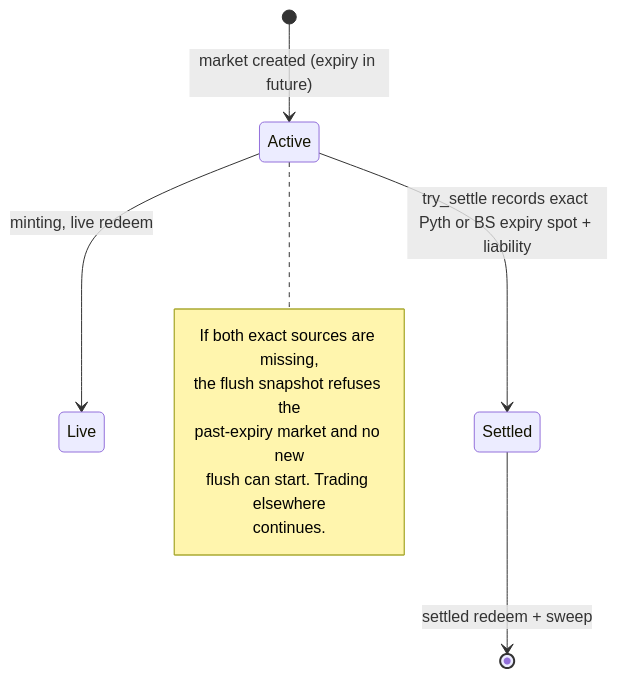
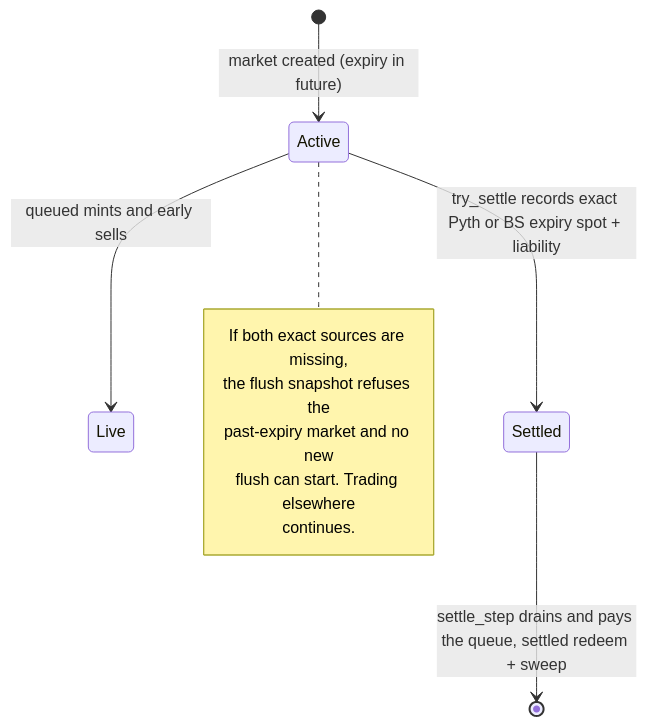
Before and after one commit to MystenLabs/deepbookv3: the diagram in packages/predict/docs/risks.md, drawn with Mermaid. The commit also changed other lines of this file and 12 other files, not shown here.

````diff
--- a/packages/predict/docs/risks.md
+++ b/packages/predict/docs/risks.md
@@ -65,14 +70,14 @@
 ```mermaid
 stateDiagram-v2
     [*] --> Active: market created (expiry in future)
-    Active --> Live: minting, live redeem
+    Active --> Live: queued mints and early sells
     Active --> Settled: try_settle records exact Pyth or BS expiry spot + liability
-    Settled --> [*]: settled redeem + sweep
+    Settled --> [*]: settle_step drains and pays the queue, settled redeem + sweep
     note right of Active
       If both exact sources are missing,
       the flush snapshot refuses the
       past-expiry market and no new
       flush can start. Trading elsewhere
       continues.
     end note
 ```
````
